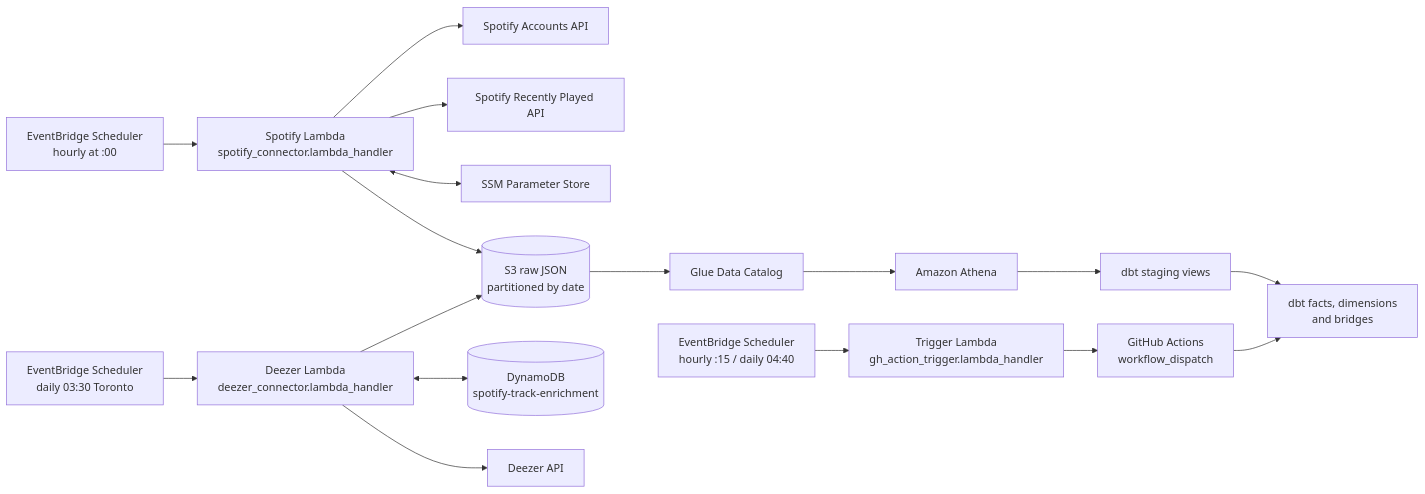
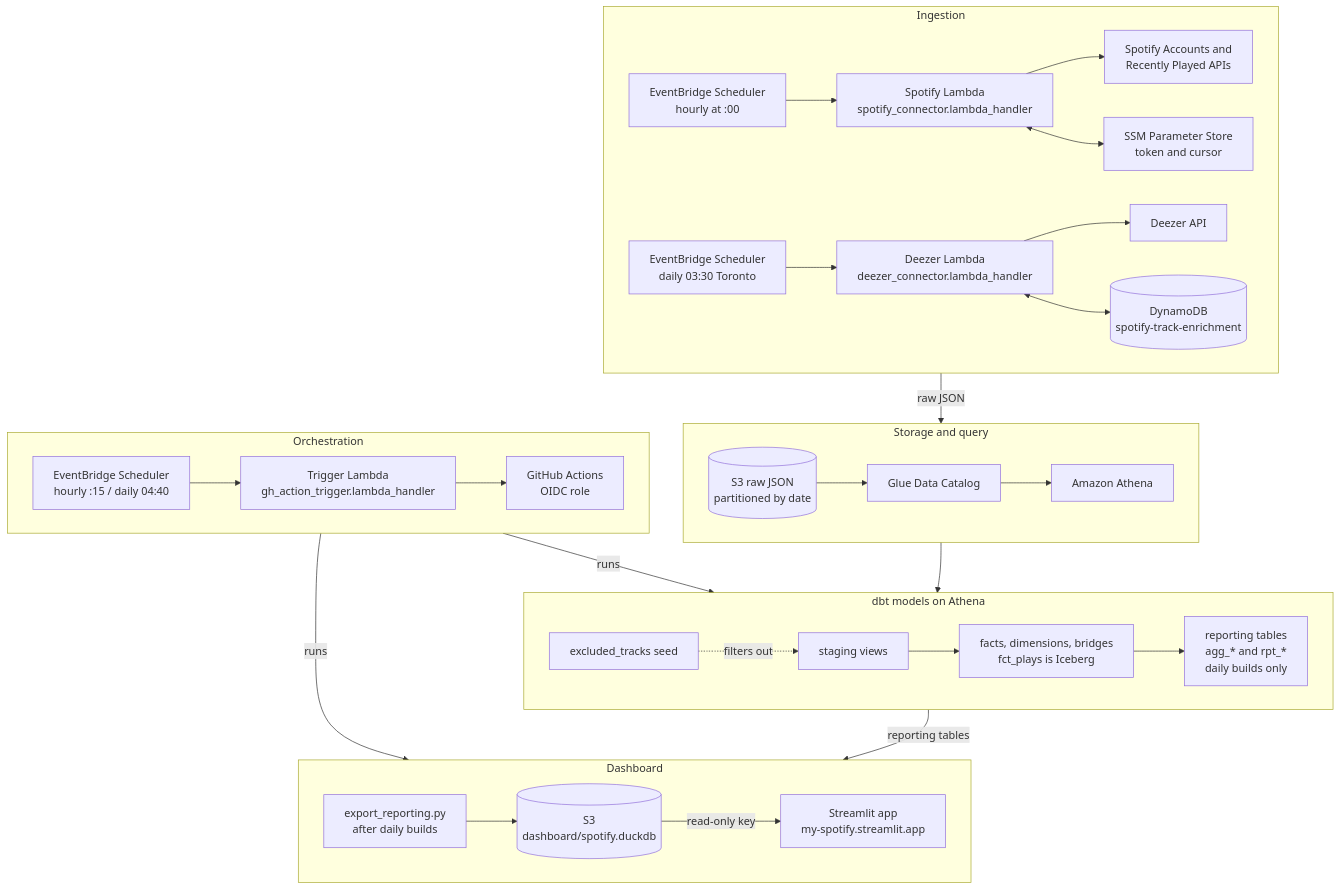
The diagram in README.md (alavi-sam/spotify-stats), drawn with Mermaid before and after one commit. The commit also changed other lines of this file, not shown here.

Commit message:
Update README architecture diagram and dashboard docs
- Redraw the diagram top to bottom with ingestion, storage, orchestration,
  dbt and dashboard stages, including the excluded-tracks seed, the
  reporting layer and the Streamlit export path
- Link the live dashboard and extend the pipeline sequence
- Explain the Overview's 7-day window

````diff
--- a/README.md
+++ b/README.md
@@ -9,19 +11,41 @@
 ```mermaid
-flowchart LR
-    EB[EventBridge Scheduler<br/>hourly at :00] --> L[Spotify Lambda<br/>spotify_connector.lambda_handler]
-    L --> AUTH[Spotify Accounts API]
-    L --> API[Spotify Recently Played API]
-    L <--> SSM[SSM Parameter Store]
-    L --> S3[(S3 raw JSON<br/>partitioned by date)]
-    EBD[EventBridge Scheduler<br/>daily 03:30 Toronto] --> D[Deezer Lambda<br/>deezer_connector.lambda_handler]
-    D <--> DDB[(DynamoDB<br/>spotify-track-enrichment)]
-    D --> DZ[Deezer API]
-    D --> S3
-    S3 --> GLUE[Glue Data Catalog]
-    GLUE --> ATHENA[Amazon Athena]
-    ATHENA --> STG[dbt staging views]
-    STG --> MARTS[dbt facts, dimensions<br/>and bridges]
-    EBT[EventBridge Scheduler<br/>hourly :15 / daily 04:40] --> T[Trigger Lambda<br/>gh_action_trigger.lambda_handler]
-    T --> GHA[GitHub Actions<br/>workflow_dispatch]
-    GHA --> MARTS
+flowchart TB
+    subgraph ingest[Ingestion]
+        direction LR
+        EB[EventBridge Scheduler<br/>hourly at :00] --> L[Spotify Lambda<br/>spotify_connector.lambda_handler]
+        L --> API[Spotify Accounts and<br/>Recently Played APIs]
+        L <--> SSM[SSM Parameter Store<br/>token and cursor]
+        EBD[EventBridge Scheduler<br/>daily 03:30 Toronto] --> D[Deezer Lambda<br/>deezer_connector.lambda_handler]
+        D --> DZ[Deezer API]
+        D <--> DDB[(DynamoDB<br/>spotify-track-enrichment)]
+    end
+
+    subgraph lake[Storage and query]
+        direction LR
+        S3[(S3 raw JSON<br/>partitioned by date)] --> GLUE[Glue Data Catalog] --> ATHENA[Amazon Athena]
+    end
+
+    subgraph orch[Orchestration]
+        direction LR
+        EBT[EventBridge Scheduler<br/>hourly :15 / daily 04:40] --> T[Trigger Lambda<br/>gh_action_trigger.lambda_handler] --> GHA[GitHub Actions<br/>OIDC role]
+    end
+
+    subgraph dbt[dbt models on Athena]
+        direction LR
+        SEED[excluded_tracks seed] -. filters out .-> STG[staging views]
+        STG --> MARTS[facts, dimensions, bridges<br/>fct_plays is Iceberg]
+        MARTS --> RPT[reporting tables<br/>agg_* and rpt_*<br/>daily builds only]
+    end
+
+    subgraph dash[Dashboard]
+        direction LR
+        EXP[export_reporting.py<br/>after daily builds] --> DUCK[(S3<br/>dashboard/spotify.duckdb)]
+        DUCK -- read-only key --> APP[Streamlit app<br/>my-spotify.streamlit.app]
+    end
+
+    ingest -- raw JSON --> lake
+    lake --> dbt
+    orch -- runs --> dbt
+    orch -- runs --> dash
+    dbt -- reporting tables --> dash
 ```
````
